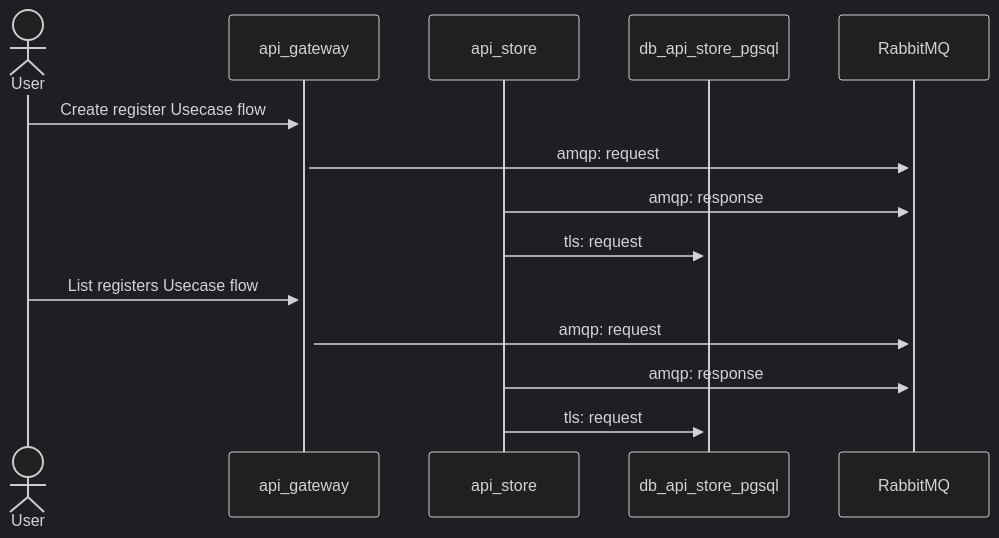
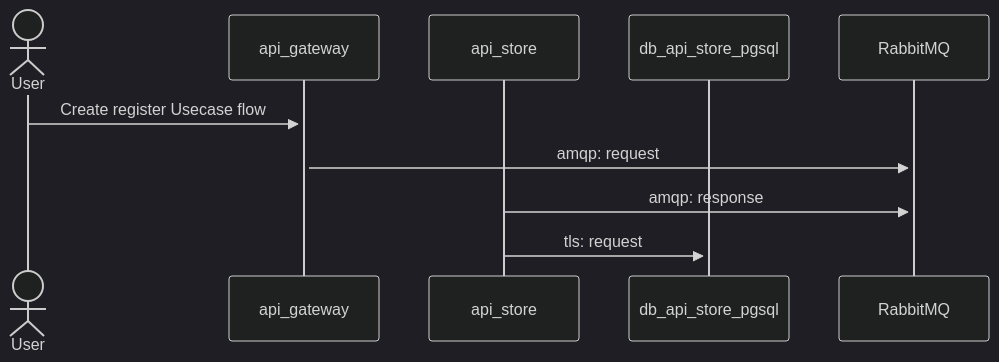
One commit to cristiano182/node.js-grpc-rabbitmq changed the first of 2 diagrams in README.md. Above: the diagram before and after it, drawn with Mermaid (dark theme). The commit also changed other lines of this file, not shown here.

````diff
--- a/README.md
+++ b/README.md
@@ -3,20 +3,13 @@
 ```mermaid
 sequenceDiagram
     actor User
     participant api_gateway
     participant api_store
     participant db_api_store_pgsql
     participant RabbitMQ
 
     User  ->>+ api_gateway: Create register Usecase flow
     api_gateway     ->>+ RabbitMQ:     amqp: request
     api_store     ->>+ RabbitMQ:      amqp: response
     api_store      ->>+ db_api_store_pgsql: tls: request
-
-
-    User  ->>+ api_gateway: List registers Usecase flow
-    api_gateway     ->>+ RabbitMQ:     amqp: request
-    api_store     ->>+ RabbitMQ:      amqp: response
-    api_store      ->>+ db_api_store_pgsql: tls: request
-    
 ```
````
